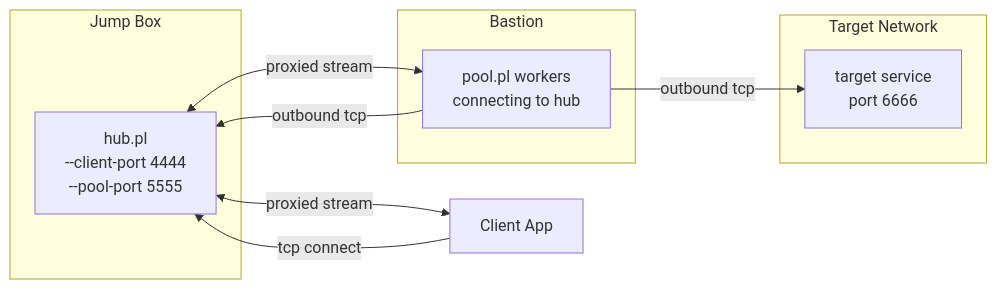
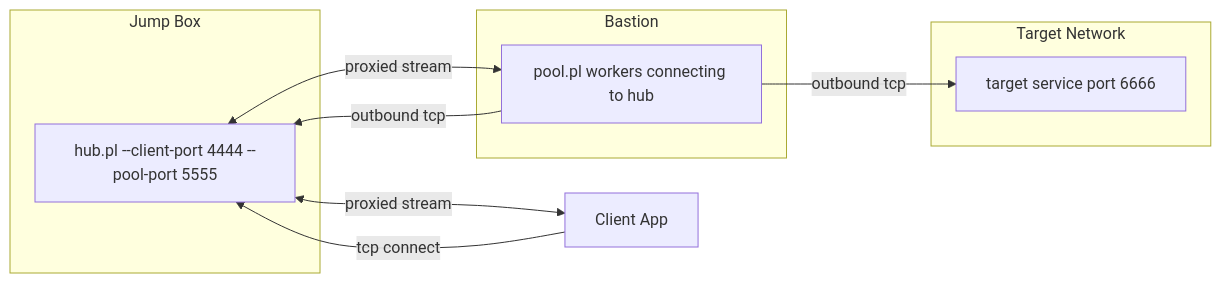
One commit to singe/contun.pl changed the diagram in README.md. Above: the diagram before and after it, drawn with Mermaid.

Commit message:
Stupid line breaks

````diff
--- a/README.md
+++ b/README.md
@@ -7,18 +7,18 @@
 ```mermaid
 flowchart LR
   subgraph Jump Box
-    JH[hub.pl\n--client-port 4444\n--pool-port 5555]
+    JH[hub.pl --client-port 4444 --pool-port 5555]
   end
   subgraph Bastion
-    BP[pool.pl workers\nconnecting to hub]
+    BP[pool.pl workers connecting to hub]
   end
   subgraph Target Network
-    T[target service\nport 6666]
+    T[target service port 6666]
   end
 
   Client[Client App] -- tcp connect --> JH
   BP -- outbound tcp --> JH
   BP -- outbound tcp --> T
   JH <-- proxied stream --> Client
   JH <-- proxied stream --> BP
 ```
````
